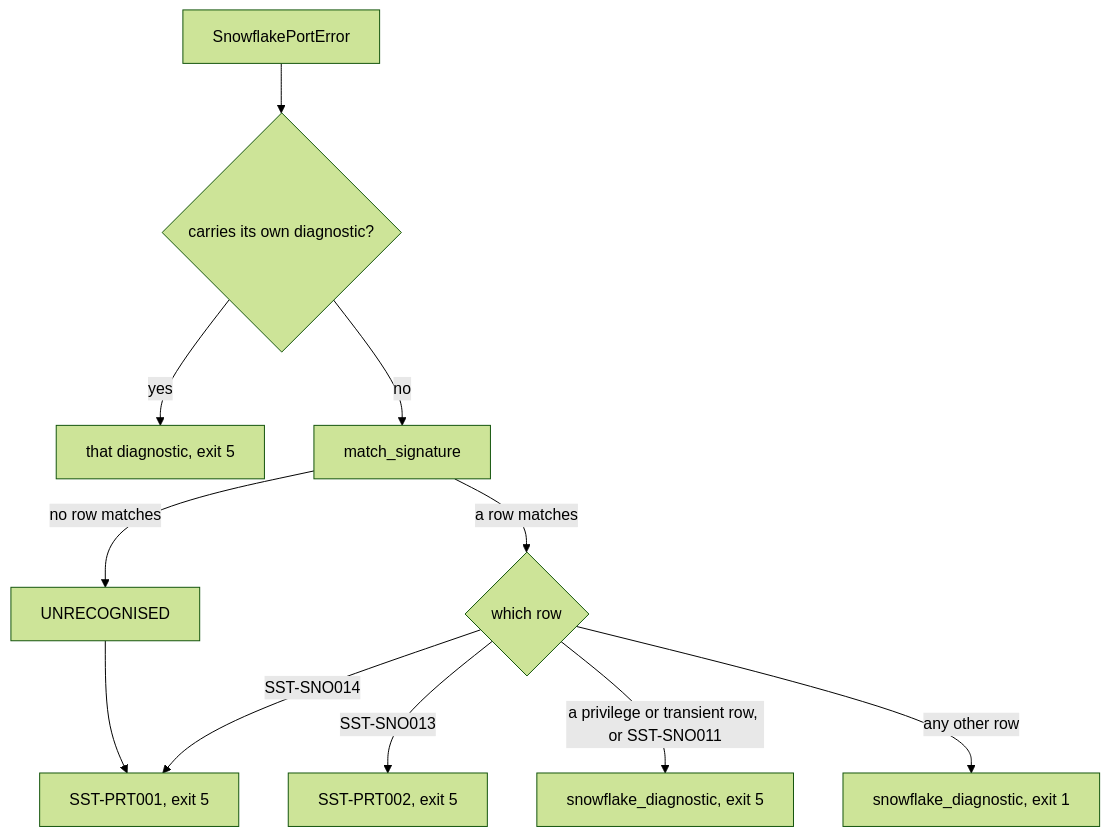
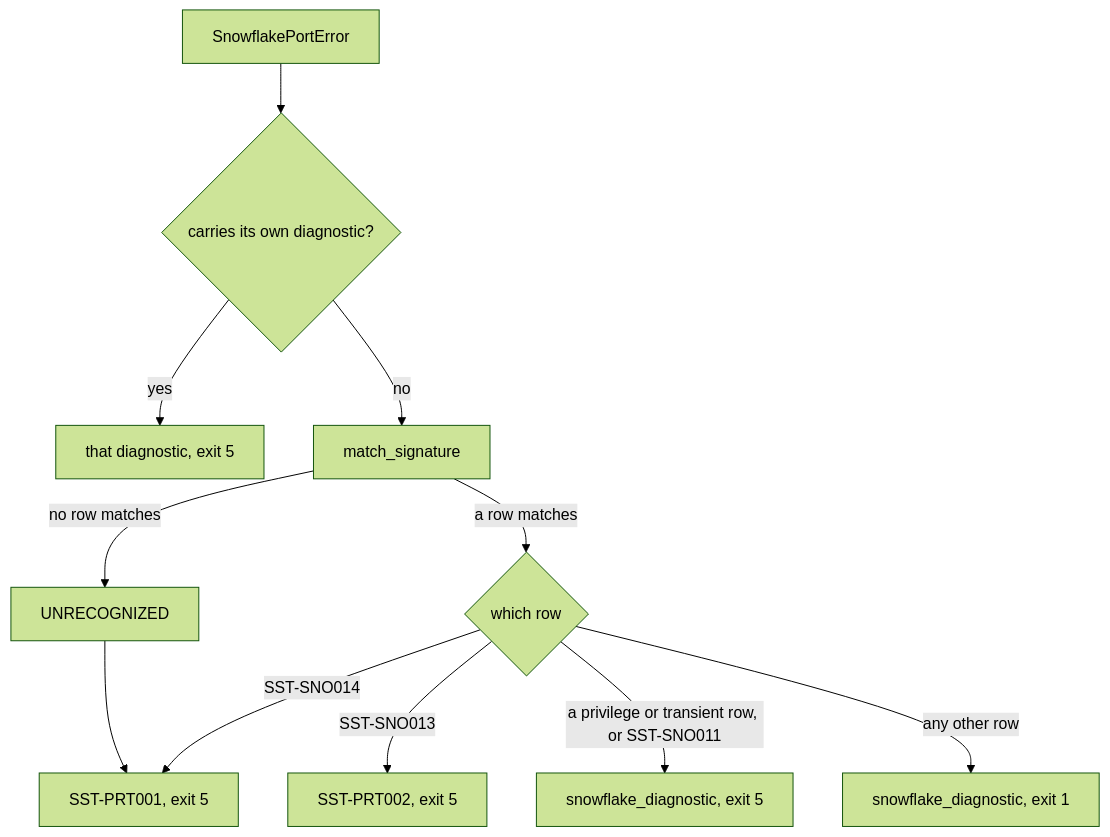
Before and after one commit to WhoopInc/snowflake-semantic-tools: the second of 2 diagrams in docs/design/diagnostics.md, drawn with Mermaid (forest theme). The commit also changed other lines of this file and 219 other files, not shown here.

````diff
--- a/docs/design/diagnostics.md
+++ b/docs/design/diagnostics.md
@@ -312,13 +312,13 @@
 ```mermaid
 flowchart TD
     port["SnowflakePortError"] --> own{"carries its own diagnostic?"}
     own -- yes --> reported["that diagnostic, exit 5"]
     own -- no --> match["match_signature"]
-    match -- "no row matches" --> unrecognised["UNRECOGNISED"]
+    match -- "no row matches" --> unrecognized["UNRECOGNIZED"]
     match -- "a row matches" --> row{"which row"}
-    unrecognised --> prt["SST-PRT001, exit 5"]
+    unrecognized --> prt["SST-PRT001, exit 5"]
     row -- "SST-SNO014" --> prt
     row -- "SST-SNO013" --> auth["SST-PRT002, exit 5"]
     row -- "a privilege or transient row, or SST-SNO011" --> five["snowflake_diagnostic, exit 5"]
     row -- "any other row" --> one["snowflake_diagnostic, exit 1"]
 ```
````
